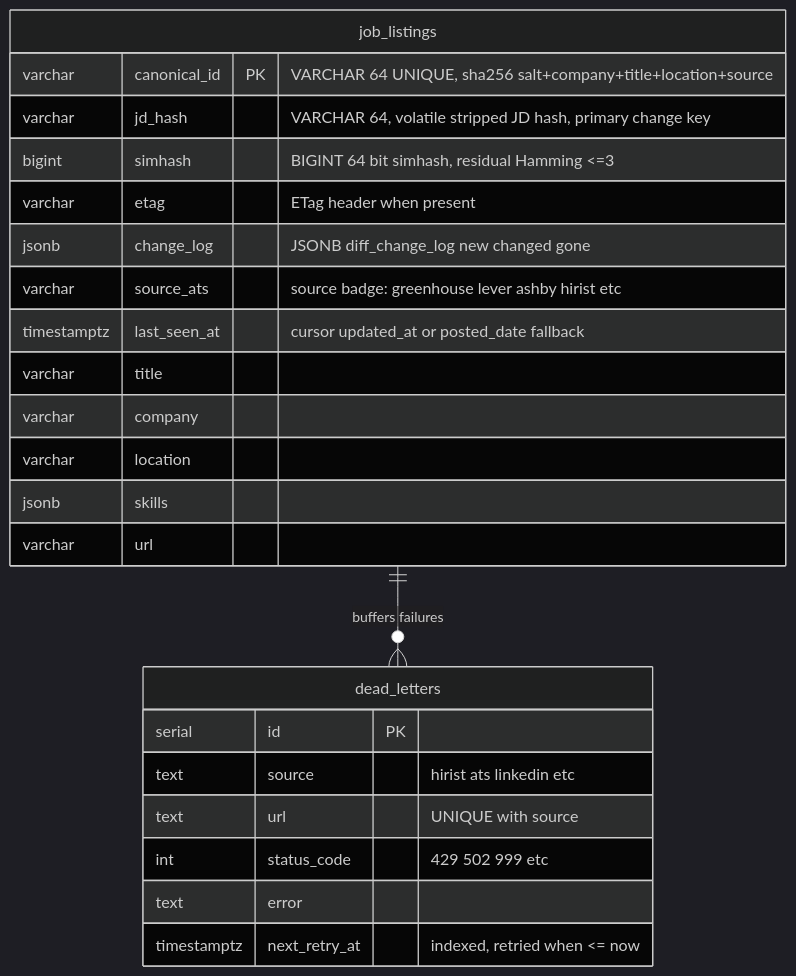
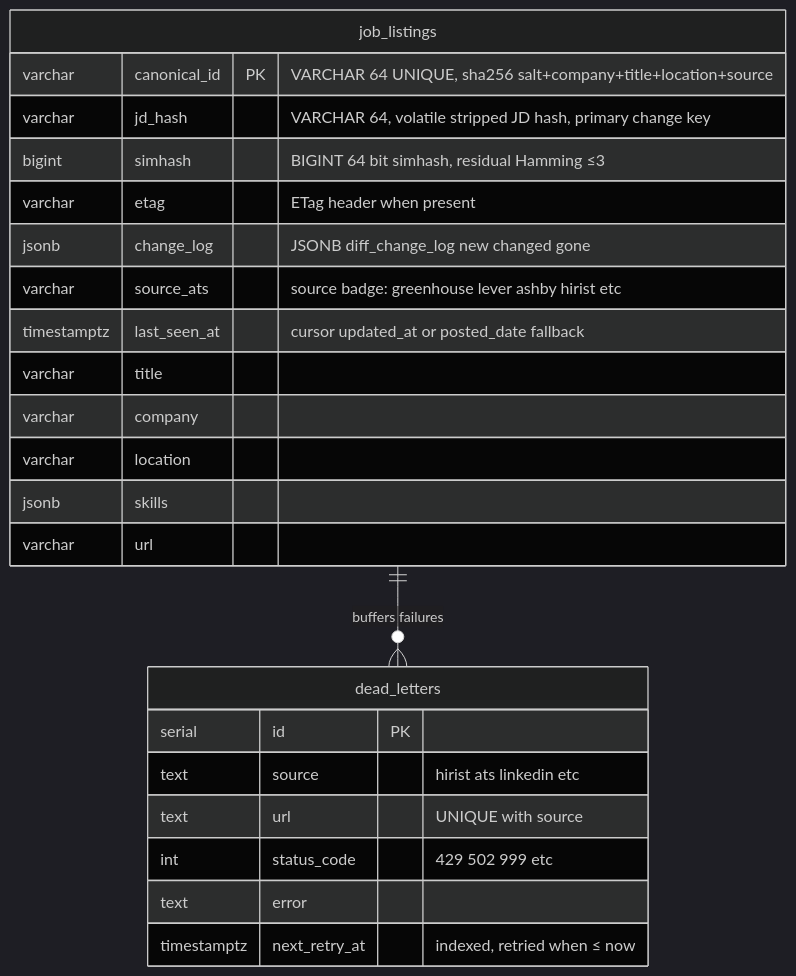
One commit to BlackPool25/internapply changed the second of 3 diagrams in README.md. Above: the diagram before and after it, drawn with Mermaid (dark theme). The commit also changed other lines of this file and 23 other files, not shown here.

````diff
--- a/README.md
+++ b/README.md
@@ -171,28 +171,28 @@
 ```mermaid
 erDiagram
  job_listings ||--o{ dead_letters : "buffers failures"
 
  job_listings {
  varchar canonical_id PK "VARCHAR 64 UNIQUE, sha256 salt+company+title+location+source"
  varchar jd_hash "VARCHAR 64, volatile stripped JD hash, primary change key"
- bigint simhash "BIGINT 64 bit simhash, residual Hamming <=3"
+ bigint simhash "BIGINT 64 bit simhash, residual Hamming ≤3"
  varchar etag "ETag header when present"
  jsonb change_log "JSONB diff_change_log new changed gone"
  varchar source_ats "source badge: greenhouse lever ashby hirist etc"
  timestamptz last_seen_at "cursor updated_at or posted_date fallback"
  varchar title
  varchar company
  varchar location
  jsonb skills
  varchar url
  }
 
  dead_letters {
  serial id PK
  text source "hirist ats linkedin etc"
  text url "UNIQUE with source"
  int status_code "429 502 999 etc"
  text error
- timestamptz next_retry_at "indexed, retried when <= now"
+ timestamptz next_retry_at "indexed, retried when ≤ now"
  }
 ```
````
